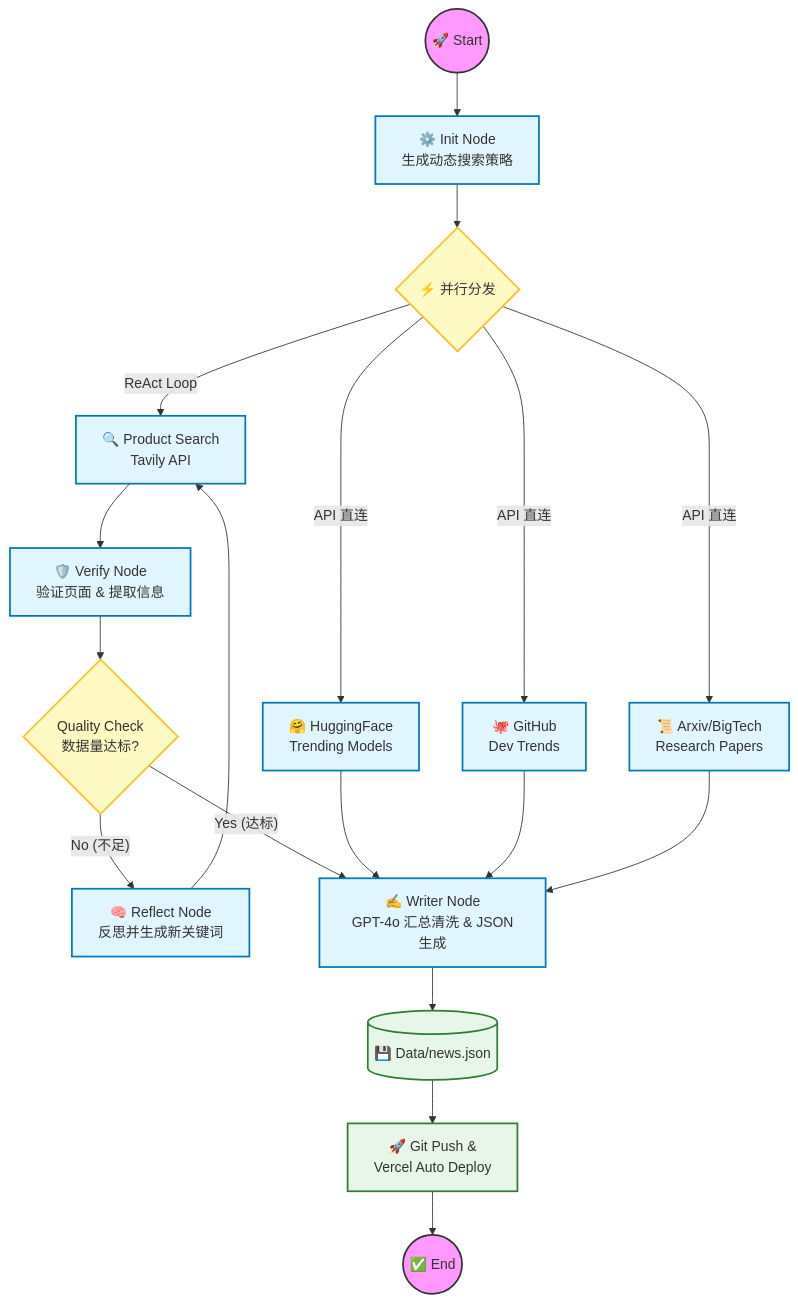
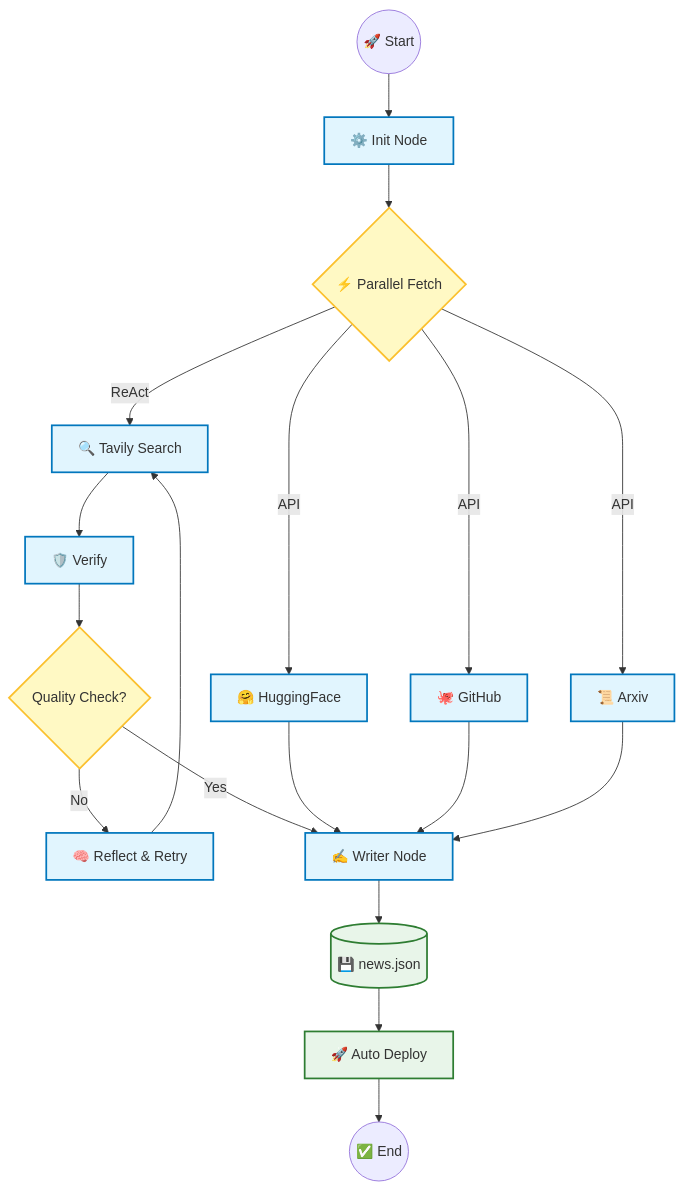
One commit to wuhao980527-gif/ai-daily-web changed the diagram in README.md. Above: the diagram before and after it, drawn with Mermaid. The commit also changed other lines of this file, not shown here.

````diff
--- a/README.md
+++ b/README.md
@@ -28,39 +21,33 @@
 ```mermaid
 graph TD
-    %% 定义样式
-    classDef startend fill:#f9f,stroke:#333,stroke-width:2px;
     classDef process fill:#e1f5fe,stroke:#0277bd,stroke-width:2px;
     classDef decision fill:#fff9c4,stroke:#fbc02d,stroke-width:2px;
     classDef output fill:#e8f5e9,stroke:#2e7d32,stroke-width:2px;
 
-    Start((🚀 Start)) --> Init[⚙️ Init Node<br/>生成动态搜索策略]
-    Init --> Parallel{⚡ 并行分发}
+    Start((🚀 Start)) --> Init[⚙️ Init Node]
+    Init --> Parallel{⚡ Parallel Fetch}
     
-    %% 并行分支
-    Parallel -->|API 直连| HF[🤗 HuggingFace<br/>Trending Models]
-    Parallel -->|API 直连| GH[🐙 GitHub<br/>Dev Trends]
-    Parallel -->|API 直连| Papers[📜 Arxiv/BigTech<br/>Research Papers]
-    Parallel -->|ReAct Loop| Search[🔍 Product Search<br/>Tavily API]
+    Parallel -->|API| HF[🤗 HuggingFace]
+    Parallel -->|API| GH[🐙 GitHub]
+    Parallel -->|API| Papers[📜 Arxiv]
+    Parallel -->|ReAct| Search[🔍 Tavily Search]
 
-    %% ReAct 循环逻辑
-    Search --> Verify[🛡️ Verify Node<br/>验证页面 & 提取信息]
-    Verify --> Check{Quality Check<br/>数据量达标?}
+    Search --> Verify[🛡️ Verify]
+    Verify --> Check{Quality Check?}
     
-    Check -- No (不足) --> Reflect[🧠 Reflect Node<br/>反思并生成新关键词]
+    Check -- No --> Reflect[🧠 Reflect & Retry]
     Reflect --> Search
     
-    Check -- Yes (达标) --> Writer
+    Check -- Yes --> Writer
     HF --> Writer
     GH --> Writer
     Papers --> Writer
 
-    %% 汇总输出
-    Writer[✍️ Writer Node<br/>GPT-4o 汇总清洗 & JSON生成] --> JSON[(💾 Data/news.json)]
-    JSON --> Deploy[🚀 Git Push &<br/>Vercel Auto Deploy]
+    Writer[✍️ Writer Node] --> JSON[(💾 news.json)]
+    JSON --> Deploy[🚀 Auto Deploy]
     Deploy --> End((✅ End))
 
-    class Start,End startend;
     class Init,Search,Verify,Reflect,HF,GH,Papers,Writer process;
     class Parallel,Check decision;
     class JSON,Deploy output;
 ```
````
